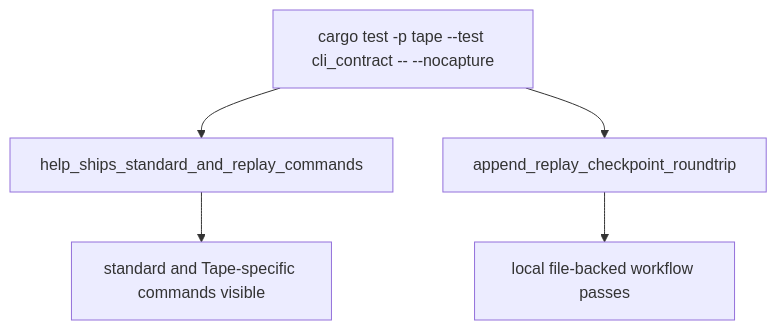
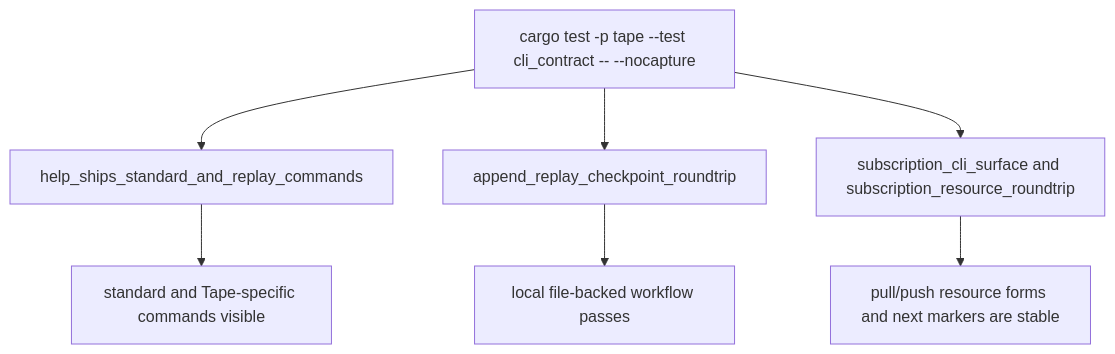
One commit to chrischeng-c4/axiom changed the second of 2 diagrams in apps/tape/tech-design/semantic/source/apps-tape-src-bin-tape-rs.md. Above: the diagram before and after it, drawn with Mermaid. The commit also changed other lines of this file and 4 other files, not shown here.

First line of the commit message:
td(tape): trace subscription resource sources

````diff
--- a/apps/tape/tech-design/semantic/source/apps-tape-src-bin-tape-rs.md
+++ b/apps/tape/tech-design/semantic/source/apps-tape-src-bin-tape-rs.md
@@ -53,10 +62,12 @@
 ```mermaid
 ---
 id: tape-td-flow
 ---
 flowchart TD
     test["cargo test -p tape --test cli_contract -- --nocapture"] --> help["help_ships_standard_and_replay_commands"]
     test --> roundtrip["append_replay_checkpoint_roundtrip"]
+    test --> subscriptiontest["subscription_cli_surface and subscription_resource_roundtrip"]
     help --> surface["standard and Tape-specific commands visible"]
     roundtrip --> workflow["local file-backed workflow passes"]
+    subscriptiontest --> subscriptionproof["pull/push resource forms and next markers are stable"]
 ```
````
